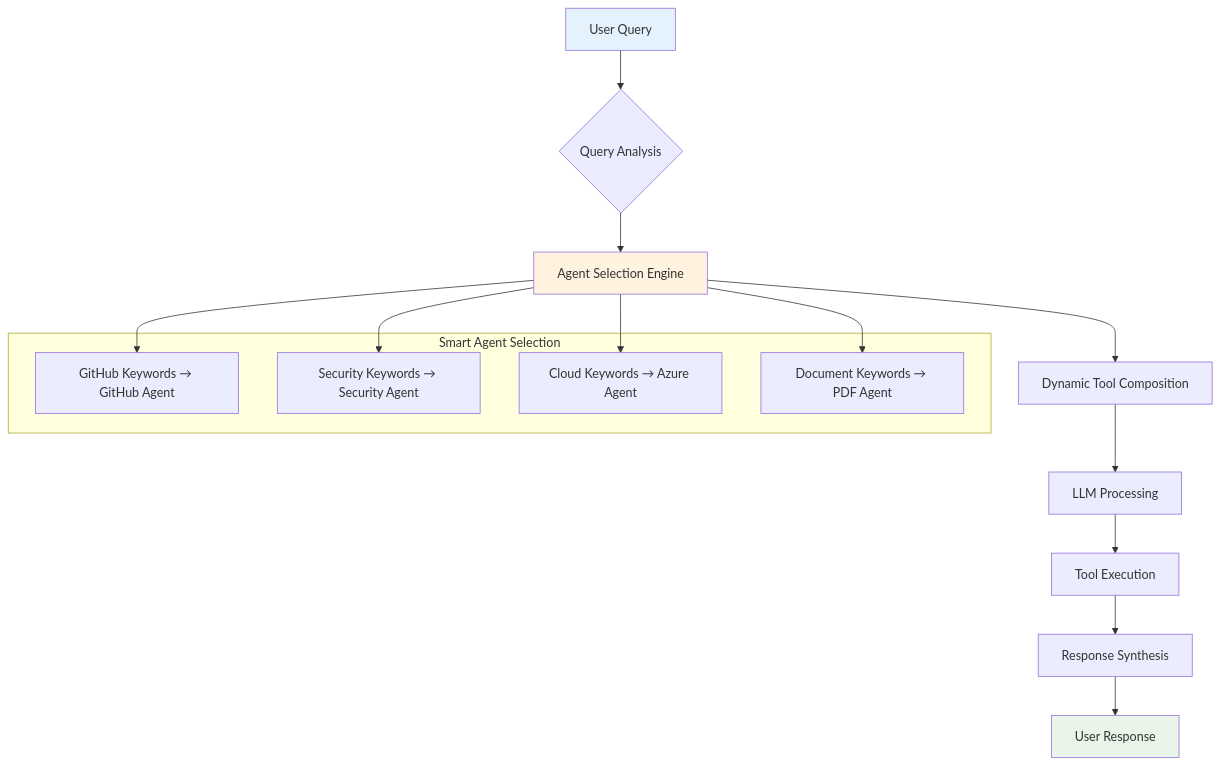
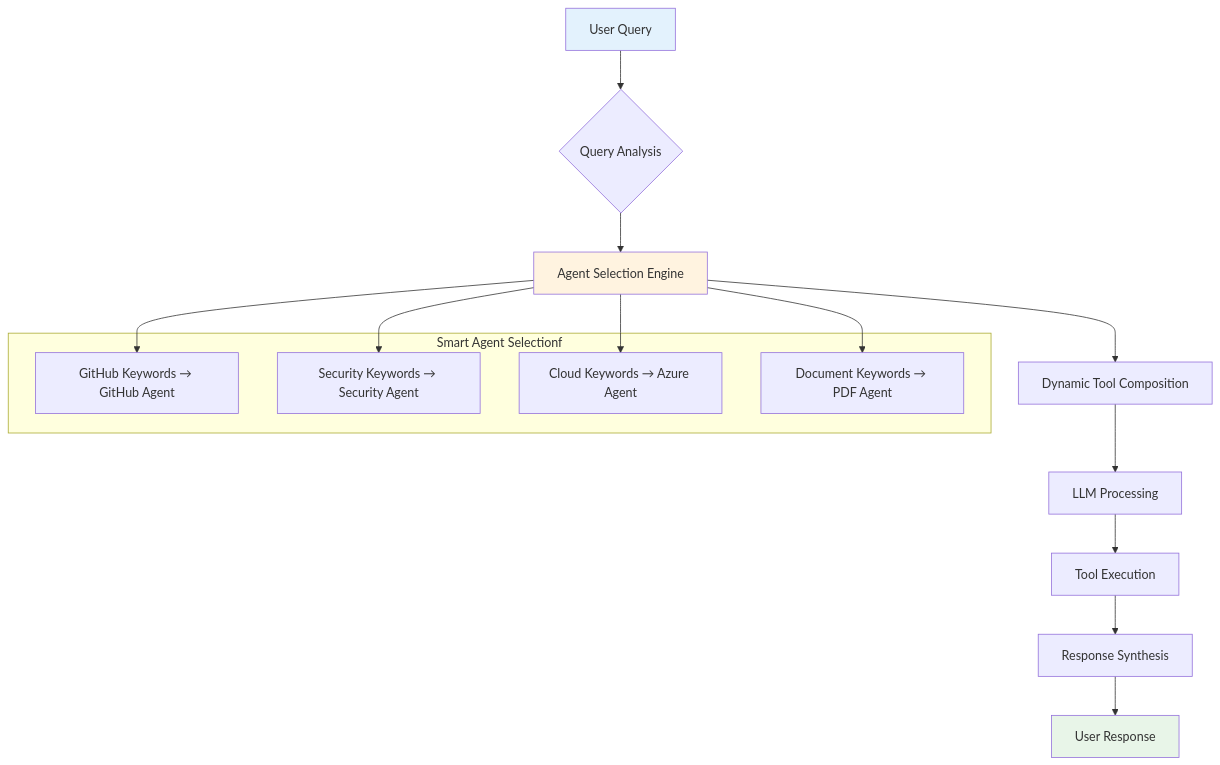
Before and after one commit to ggyounoobf/agent-hub: the second of 6 diagrams in README.md, drawn with Mermaid. The commit also changed other lines of this file, not shown here.

````diff
--- a/README.md
+++ b/README.md
@@ -94,26 +93,26 @@
 ```mermaid
 graph TB
     A[User Query] --> B{Query Analysis}
     B --> C[Agent Selection Engine]
     C --> D[Dynamic Tool Composition]
     D --> E[LLM Processing]
     E --> F[Tool Execution]
     F --> G[Response Synthesis]
     G --> H[User Response]
     
-    subgraph "Smart Agent Selection"
+    subgraph "Smart Agent Selection"f
         I[GitHub Keywords → GitHub Agent]
         J[Security Keywords → Security Agent]
         K[Cloud Keywords → Azure Agent]
         L[Document Keywords → PDF Agent]
     end
     
     C --> I
     C --> J
     C --> K
     C --> L
     
     style A fill:#e3f2fd
     style H fill:#e8f5e8
     style C fill:#fff3e0
 ```
````
